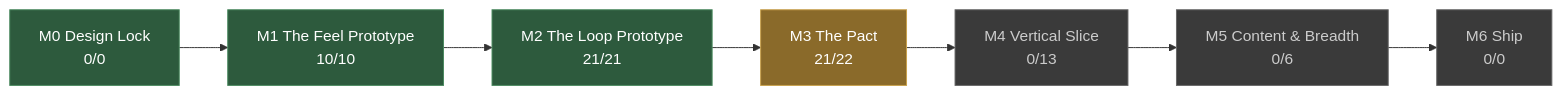
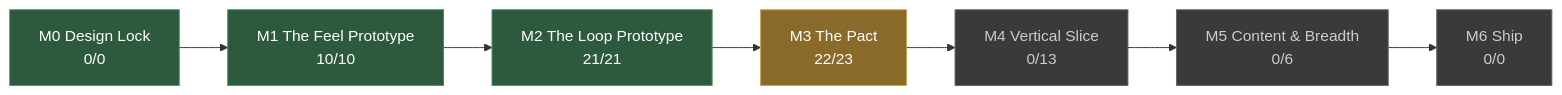
One commit to JoshuaGessner/she changed the diagram in docs/STATUS.md. Above: the diagram before and after it, drawn with Mermaid. The commit also changed other lines of this file and 8 other files, not shown here.

````diff
--- a/docs/STATUS.md
+++ b/docs/STATUS.md
@@ -13,19 +13,19 @@
 ```mermaid
 flowchart LR
   M0["M0 Design Lock<br/>0/0"]:::passed
   M1["M1 The Feel Prototype<br/>10/10"]:::passed
   M0 --> M1
   M2["M2 The Loop Prototype<br/>21/21"]:::passed
   M1 --> M2
-  M3["M3 The Pact<br/>21/22"]:::current
+  M3["M3 The Pact<br/>22/23"]:::current
   M2 --> M3
   M4["M4 Vertical Slice<br/>0/13"]:::ahead
   M3 --> M4
   M5["M5 Content & Breadth<br/>0/6"]:::ahead
   M4 --> M5
   M6["M6 Ship<br/>0/0"]:::ahead
   M5 --> M6
   classDef passed fill:#2d5a3d,stroke:#4a8a5f,color:#fff
   classDef current fill:#8a6a2a,stroke:#c8a04a,color:#fff
   classDef ahead fill:#3a3a3a,stroke:#666,color:#ccc
 ```
````
